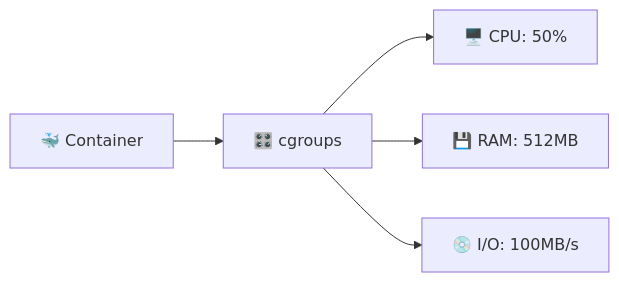
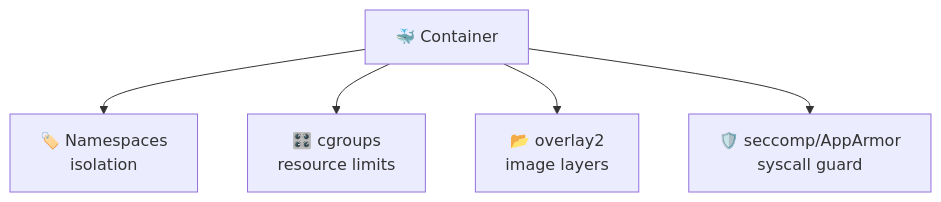
One commit to inno-devops-labs/DevOps-Core-Course changed the third of 8 diagrams in lectures/lec2.md. Above: the diagram before and after it, drawn with Mermaid. The commit also changed other lines of this file and 24 other files, not shown here.

````diff
--- a/lectures/lec2.md
+++ b/lectures/lec2.md
@@ -257,7 +104,7 @@
 ```mermaid
-flowchart LR
-  Container[🐳 Container] --> Cgroups[🎛️ cgroups]
-  Cgroups --> CPU[🖥️ CPU: 50%]
-  Cgroups --> RAM[💾 RAM: 512MB]
-  Cgroups --> IO[💿 I/O: 100MB/s]
+flowchart TD
+  Container[🐳 Container] --> NS[🏷️ Namespaces<br/>isolation]
+  Container --> CG[🎛️ cgroups<br/>resource limits]
+  Container --> UF[📂 overlay2<br/>image layers]
+  Container --> SC[🛡️ seccomp/AppArmor<br/>syscall guard]
 ```
````
